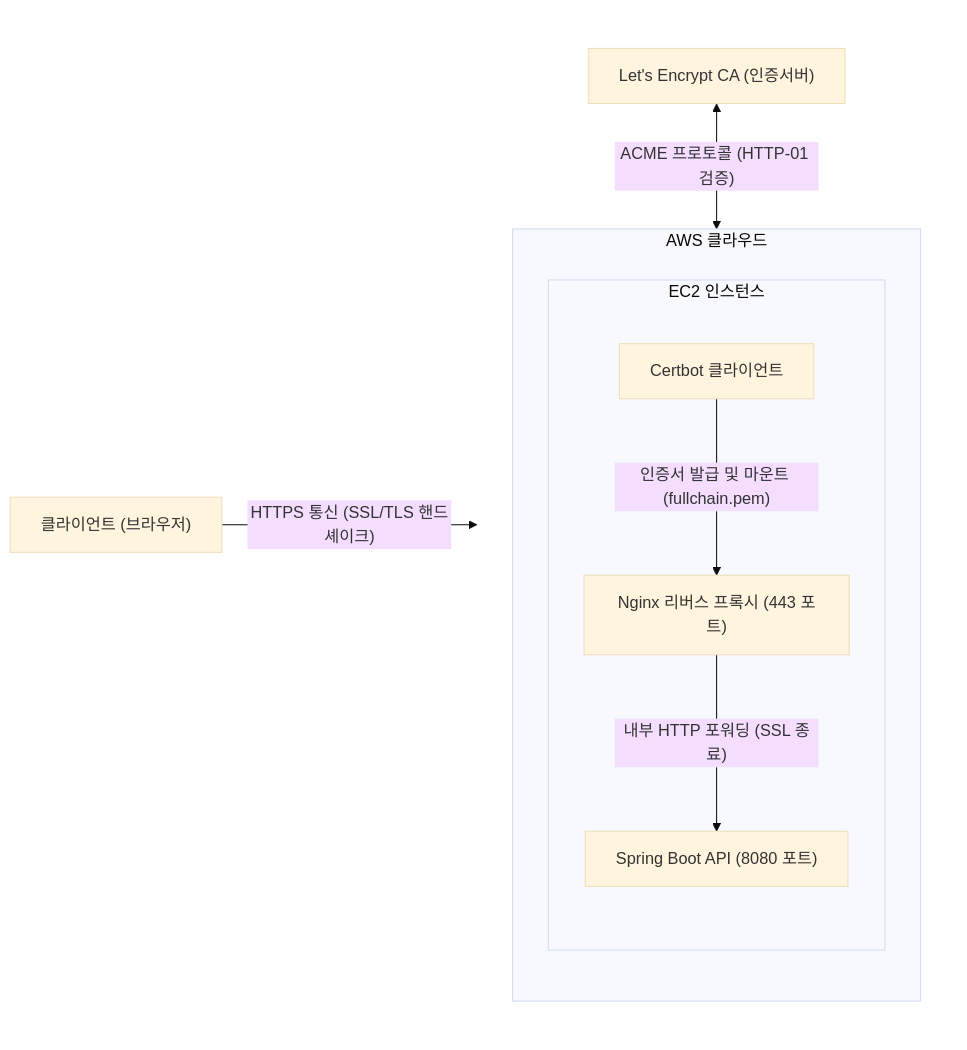
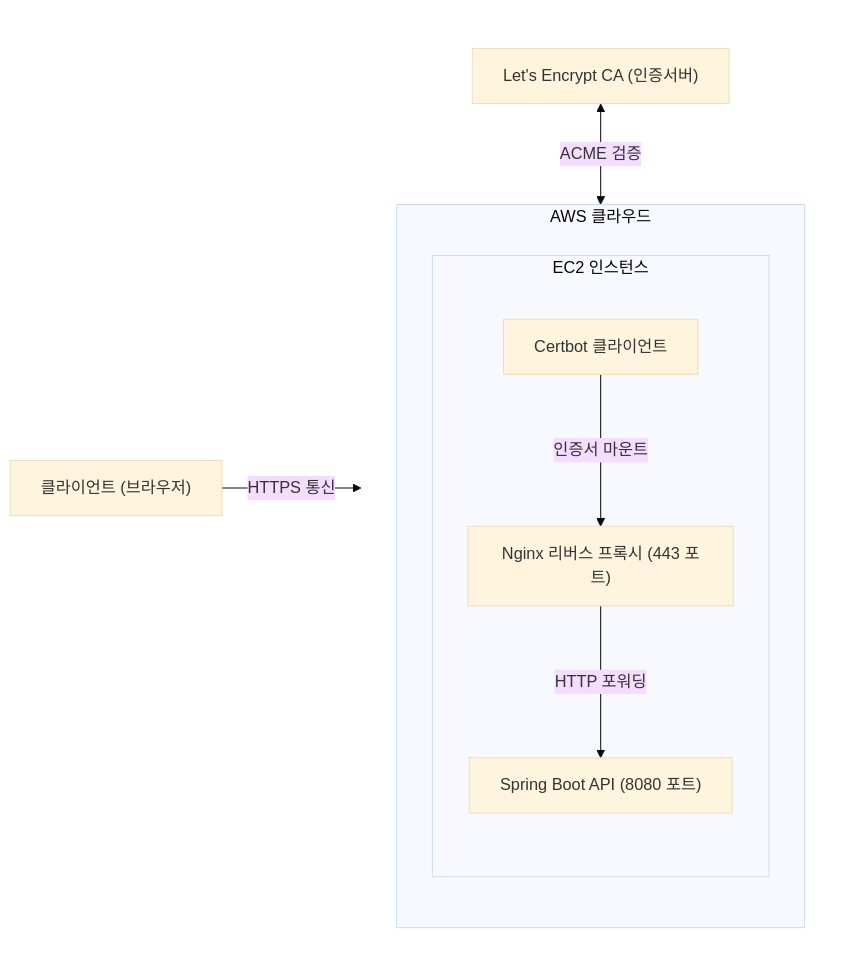
The first of 4 diagrams in guide/04.challenge.md (likelion-backend-25th/22-project-sns), drawn with Mermaid (base theme) before and after one commit. The commit also changed other lines of this file, not shown here.

````diff
--- a/guide/04.challenge.md
+++ b/guide/04.challenge.md
@@ -229,26 +229,27 @@
 ```mermaid
 flowchart LR
     Client["클라이언트 (브라우저)"]
 
     subgraph ServerSide[" "]
         direction TB
         CA["Let's Encrypt CA (인증서버)"]
 
         subgraph AWS["AWS 클라우드"]
             direction TB
             subgraph EC2["EC2 인스턴스"]
                 direction TB
                 Certbot["Certbot 클라이언트"]
                 Nginx["Nginx 리버스 프록시 (443 포트)"]
                 SpringBoot["Spring Boot API (8080 포트)"]
+
+                Certbot -->|"인증서 마운트"| Nginx
+                Nginx -->|"HTTP 포워딩"| SpringBoot
             end
         end
     end
 
-    Client -->|"HTTPS 통신 (SSL/TLS 핸드셰이크)"| Nginx
-    CA <-->|"ACME 프로토콜 (HTTP-01 검증)"| Certbot
-    Certbot -->|"인증서 발급 및 마운트 (fullchain.pem)"| Nginx
-    Nginx -->|"내부 HTTP 포워딩 (SSL 종료)"| SpringBoot
+    Client -->|"HTTPS 통신"| Nginx
+    CA <-->|"ACME 검증"| Certbot
 
     style ServerSide fill:none,stroke:none
 ```
````
